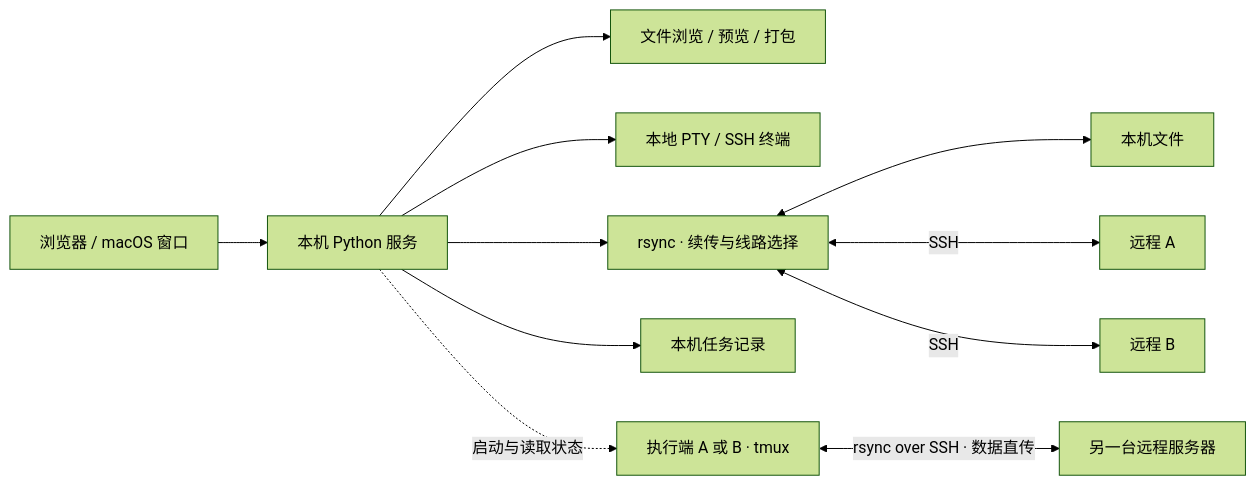
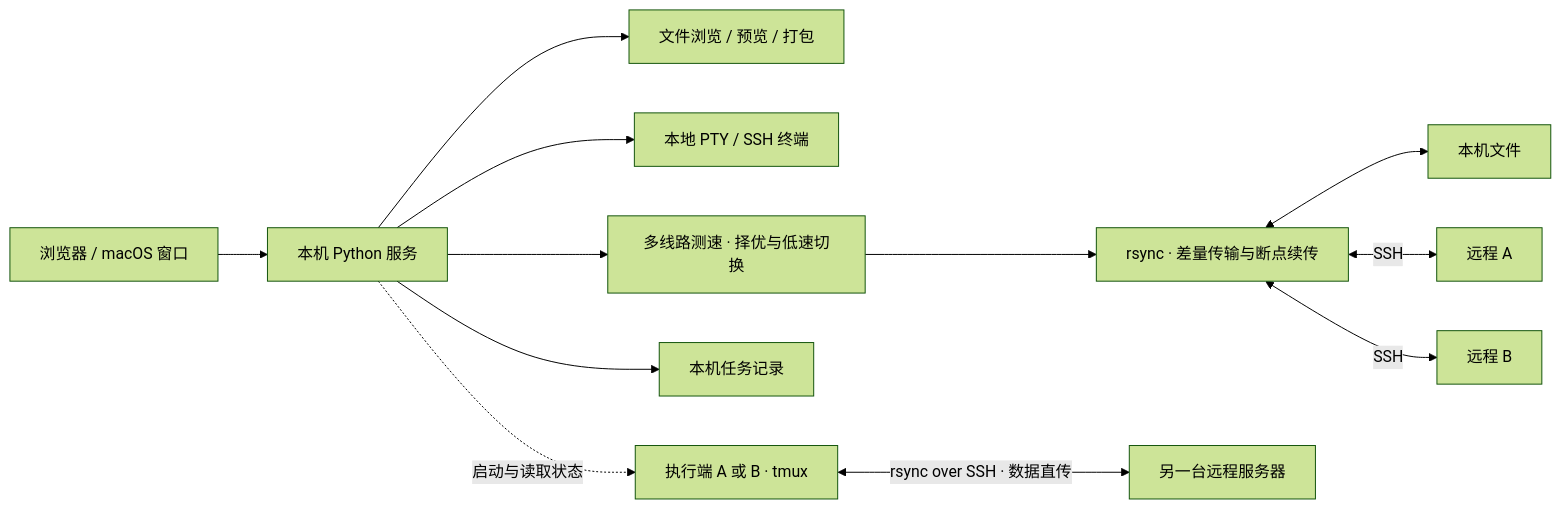
The diagram in README.md (aadimao1030/TermiusPlus), drawn with Mermaid (forest theme) before and after one commit. The commit also changed other lines of this file, not shown here.

````diff
--- a/README.md
+++ b/README.md
@@ -22,13 +24,14 @@
 ```mermaid
 flowchart LR
     UI[浏览器 / macOS 窗口] --> API[本机 Python 服务]
     API --> FILES[文件浏览 / 预览 / 打包]
     API --> PTY[本地 PTY / SSH 终端]
-    API --> RSYNC[rsync · 续传与线路选择]
+    API --> PROBE[多线路测速 · 择优与低速切换]
+    PROBE --> RSYNC[rsync · 差量传输与断点续传]
     API --> STATE[本机任务记录]
     RSYNC <--> MAC[本机文件]
     RSYNC <-->|SSH| A[远程 A]
     RSYNC <-->|SSH| B[远程 B]
     API -.启动与读取状态.-> TMUX[执行端 A 或 B · tmux]
     TMUX <-->|rsync over SSH · 数据直传| PEER[另一台远程服务器]
 ```
````
